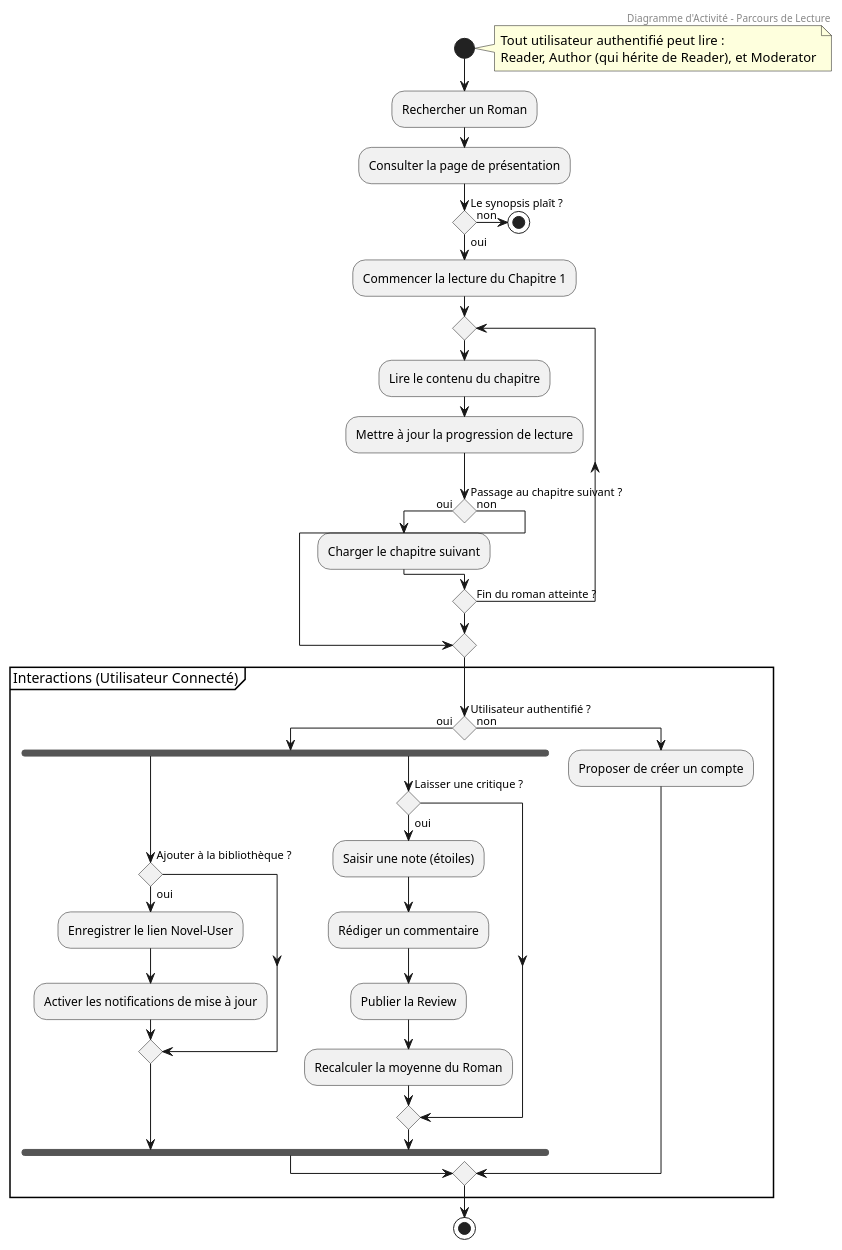
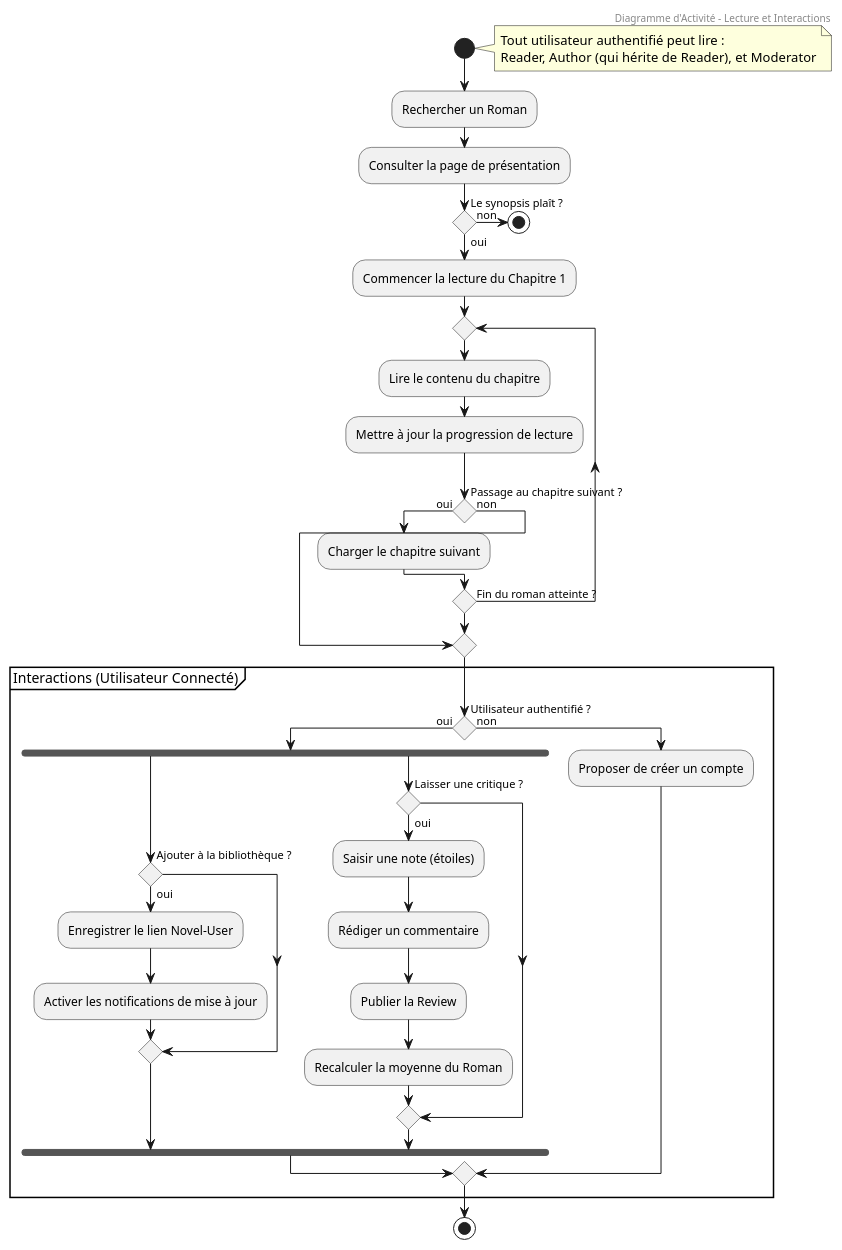
Before and after one commit to matthieuzajac/UML_project: the diagram in src/Activity/reading.wsd, drawn with PlantUML. The commit also changed 11 other files, not shown here.

Commit message:
Simplify use case diagram and align diagram titles

```diff
--- a/src/Activity/reading.wsd
+++ b/src/Activity/reading.wsd
@@ -1,53 +1,53 @@
 @startuml activity diagram reading
-header Diagramme d'Activité - Parcours de Lecture
+header Diagramme d'Activité - Lecture et Interactions
 skinparam conditionStyle diamond
 
 start
 
 note right
   Tout utilisateur authentifié peut lire :
   Reader, Author (qui hérite de Reader), et Moderator
 end note
 
 :Rechercher un Roman;
 :Consulter la page de présentation;
 
 if (Le synopsis plaît ?) then (non)
   stop
 else (oui)
   :Commencer la lecture du Chapitre 1;
   
   repeat
     :Lire le contenu du chapitre;
     :Mettre à jour la progression de lecture;
     
     if (Passage au chapitre suivant ?) then (oui)
       :Charger le chapitre suivant;
     else (non)
       break
     endif
   repeat while (Fin du roman atteinte ?) is (non)
 
   partition "Interactions (Utilisateur Connecté)" {
     if (Utilisateur authentifié ?) then (oui)
       fork
         if (Ajouter à la bibliothèque ?) then (oui)
           :Enregistrer le lien Novel-User;
           :Activer les notifications de mise à jour;
         endif
       fork again
         if (Laisser une critique ?) then (oui)
           :Saisir une note (étoiles);
           :Rédiger un commentaire;
           :Publier la Review;
           :Recalculer la moyenne du Roman;
         endif
       end fork
     else (non)
       :Proposer de créer un compte;
     endif
   }
 endif
 
 stop
 @enduml
```
